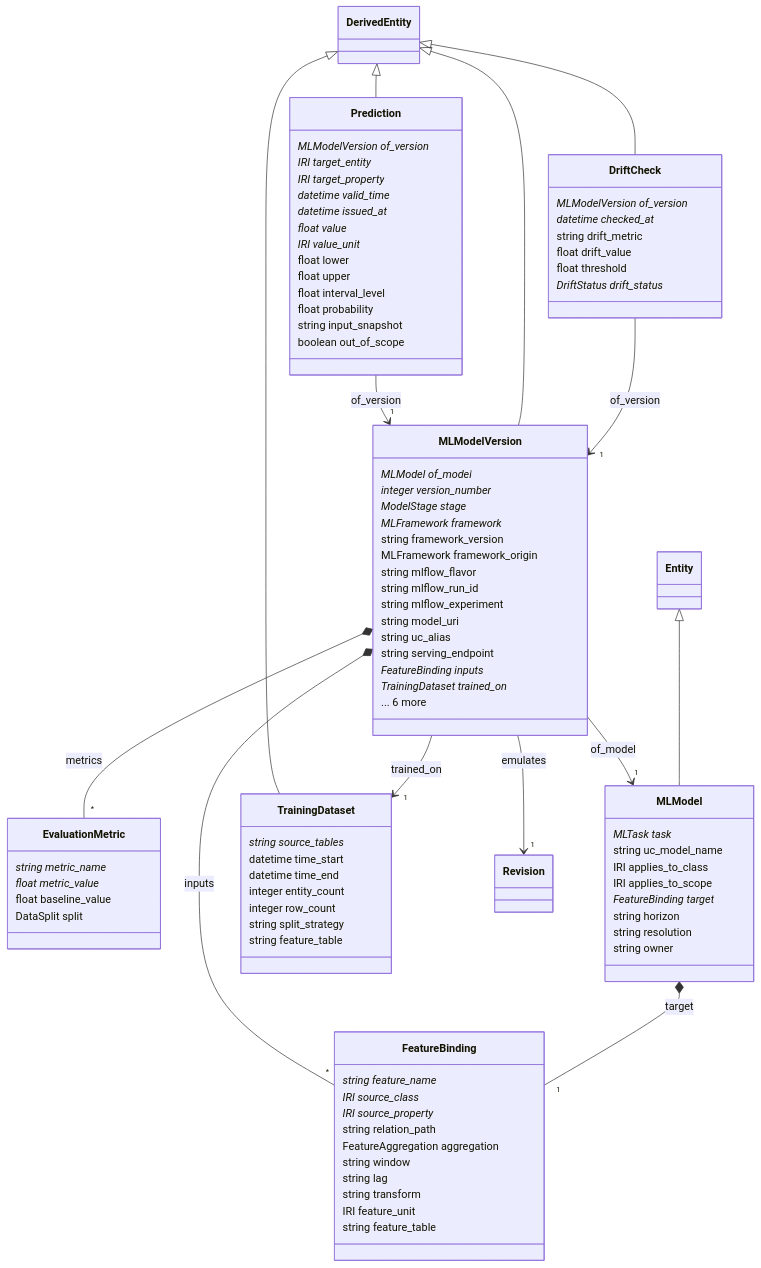
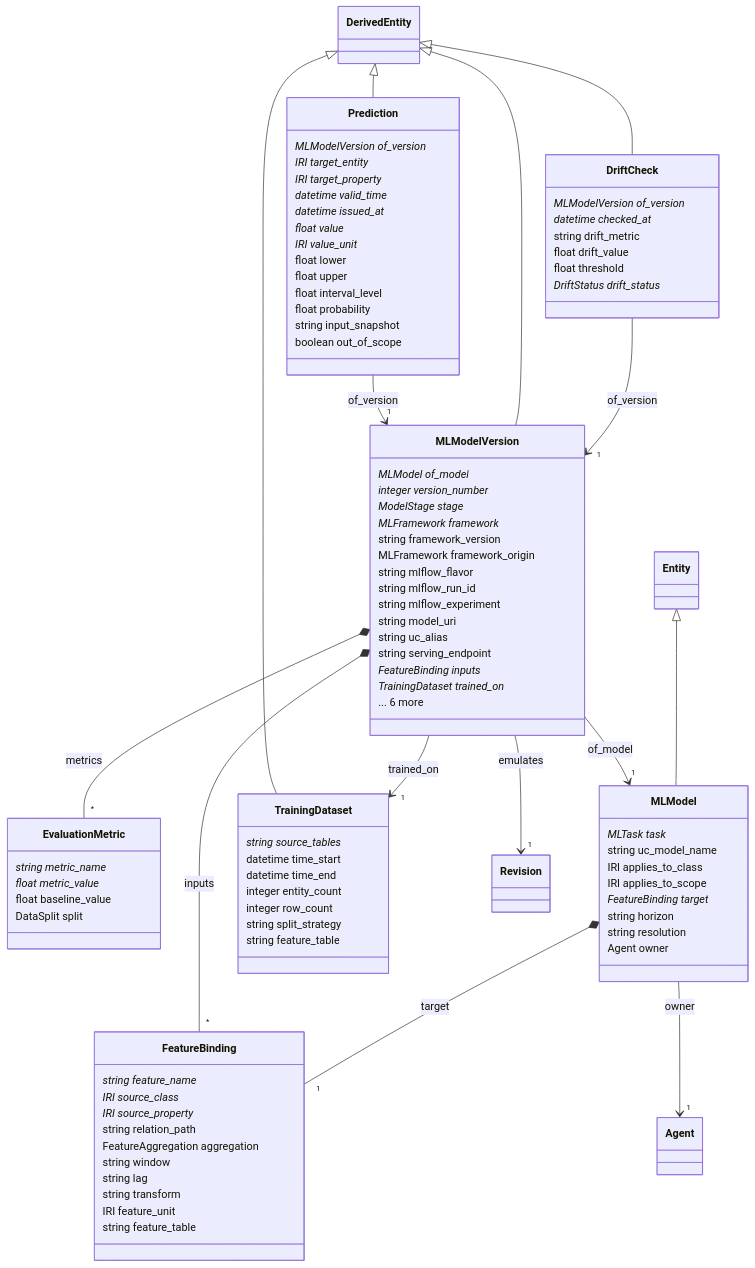
Before and after one commit to HydroCouple/water-ontology: the diagram in docs/diagrams/ml.md, drawn with Mermaid. The commit also changed 21 other files, not shown here.

```diff
--- a/docs/diagrams/ml.md
+++ b/docs/diagrams/ml.md
@@ -38,7 +38,7 @@
     FeatureBinding target*
     string horizon
     string resolution
-    string owner
+    Agent owner
   }
   class MLModelVersion {
     MLModel of_model*
@@ -85,6 +85,7 @@
   DriftCheck --> "1" MLModelVersion : of_version
   Entity <|-- MLModel
   MLModel *-- "1" FeatureBinding : target
+  MLModel --> "1" Agent : owner
   DerivedEntity <|-- MLModelVersion
   MLModelVersion --> "1" MLModel : of_model
   MLModelVersion *-- "*" FeatureBinding : inputs
```
